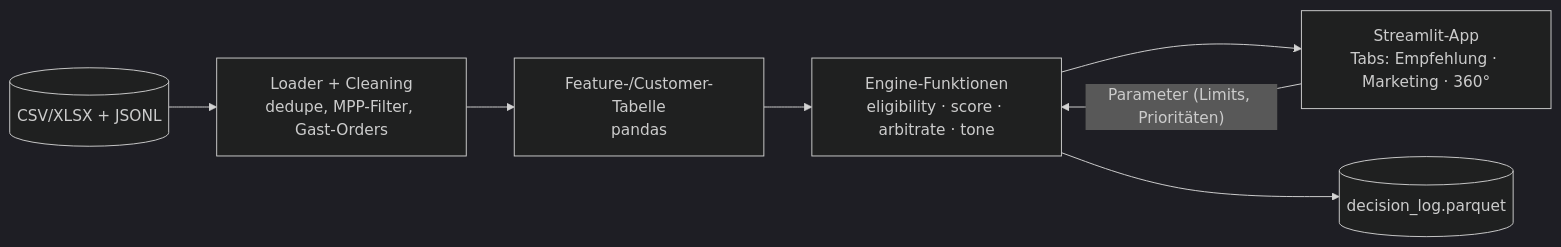
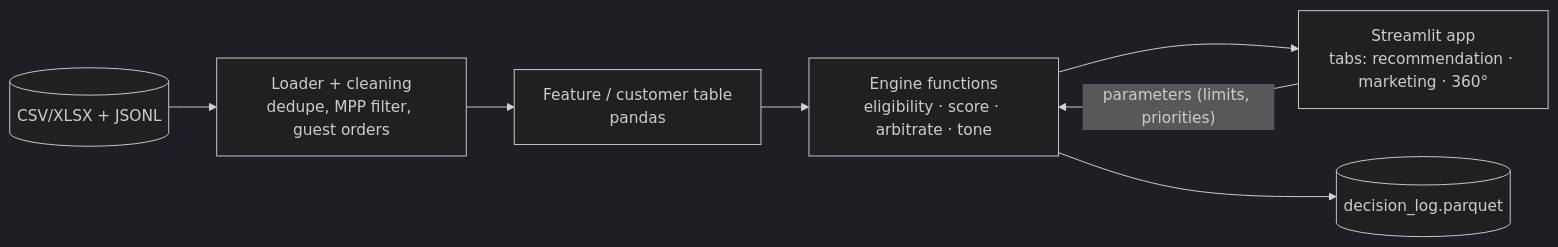
Before and after one commit to rajansurkhab/maingau-nba-engine: the first of 3 diagrams in PLANUNG_hackathon3.md, drawn with Mermaid (dark theme). The commit also changed other lines of this file and 1 other file, not shown here.

````diff
--- a/PLANUNG_hackathon3.md
+++ b/PLANUNG_hackathon3.md
@@ -213,9 +213,9 @@
 ```mermaid
 flowchart LR
-  CSV[(CSV/XLSX + JSONL)] --> L[Loader + Cleaning<br/>dedupe, MPP-Filter, Gast-Orders]
-  L --> F[Feature-/Customer-Tabelle<br/>pandas]
-  F --> E[Engine-Funktionen<br/>eligibility · score · arbitrate · tone]
-  E --> UI[Streamlit-App<br/>Tabs: Empfehlung · Marketing · 360°]
+  CSV[(CSV/XLSX + JSONL)] --> L[Loader + cleaning<br/>dedupe, MPP filter, guest orders]
+  L --> F[Feature / customer table<br/>pandas]
+  F --> E[Engine functions<br/>eligibility · score · arbitrate · tone]
+  E --> UI[Streamlit app<br/>tabs: recommendation · marketing · 360°]
   E --> LOG[(decision_log.parquet)]
-  UI -- Parameter (Limits, Prioritäten) --> E
+  UI -- parameters (limits, priorities) --> E
 ```
````
